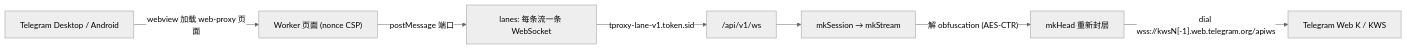
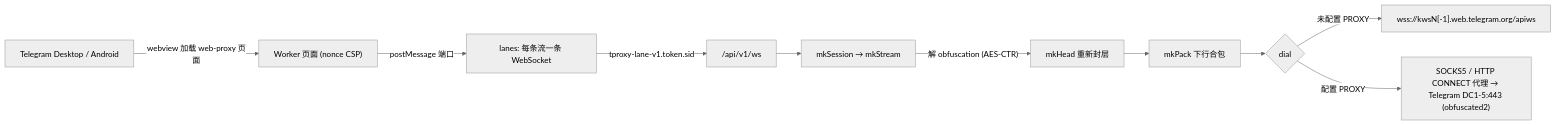
The diagram in README.md (Luckylos/CF-Workers-TGProxy), drawn with Mermaid (neutral theme) before and after one commit. The commit also changed other lines of this file and 1 other file, not shown here.

````diff
--- a/README.md
+++ b/README.md
@@ -24,9 +36,12 @@
 ```mermaid
 flowchart LR
   TG["Telegram Desktop / Android"] -->|webview 加载 web-proxy 页面| P["Worker 页面 (nonce CSP)"]
   P -->|postMessage 端口| L["lanes: 每条流一条 WebSocket"]
   L -->|"tproxy-lane-v1.token.sid"| WS["/api/v1/ws"]
   WS --> S["mkSession → mkStream"]
   S -->|"解 obfuscation (AES-CTR)"| RK["mkHead 重新封层"]
-  RK -->|"dial wss://kwsN[-1].web.telegram.org/apiws"| KWS["Telegram Web K / KWS"]
+  RK --> PK["mkPack 下行合包"]
+  PK --> D{"dial"}
+  D -->|"未配置 PROXY"| KWS["wss://kwsN[-1].web.telegram.org/apiws"]
+  D -->|"配置 PROXY"| DC["SOCKS5 / HTTP CONNECT 代理 → Telegram DC1-5:443 (obfuscated2)"]
 ```
````
